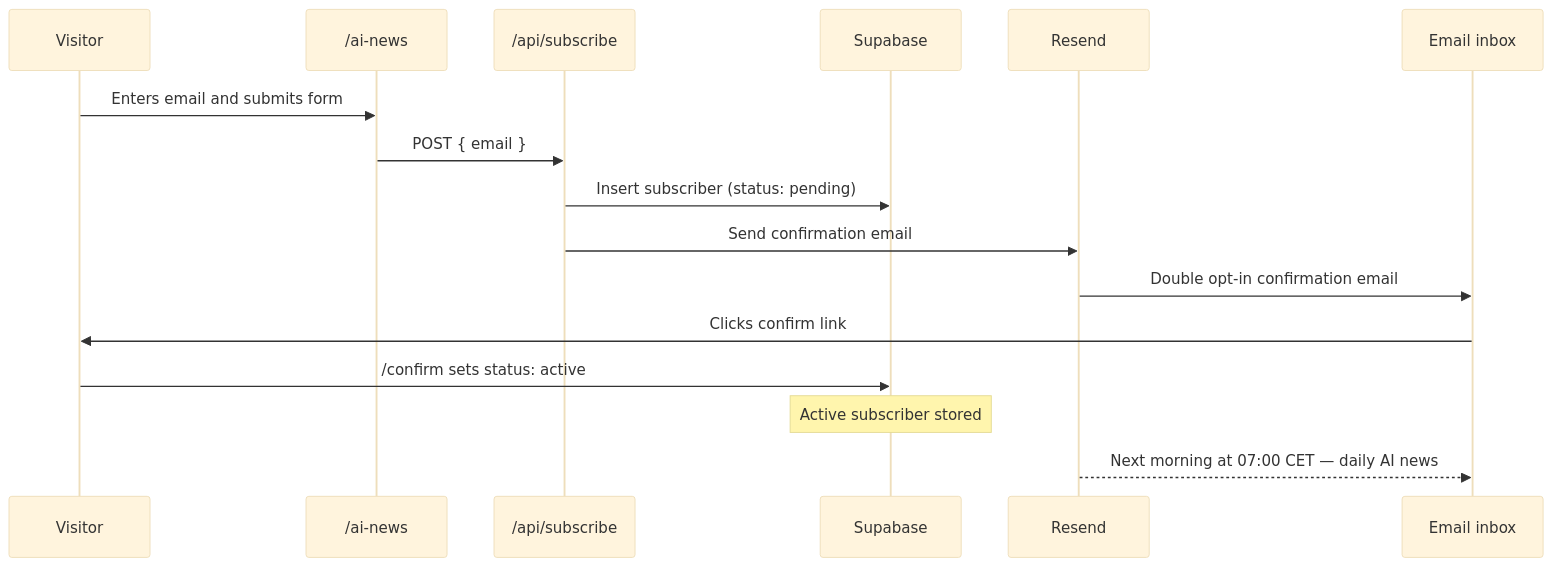
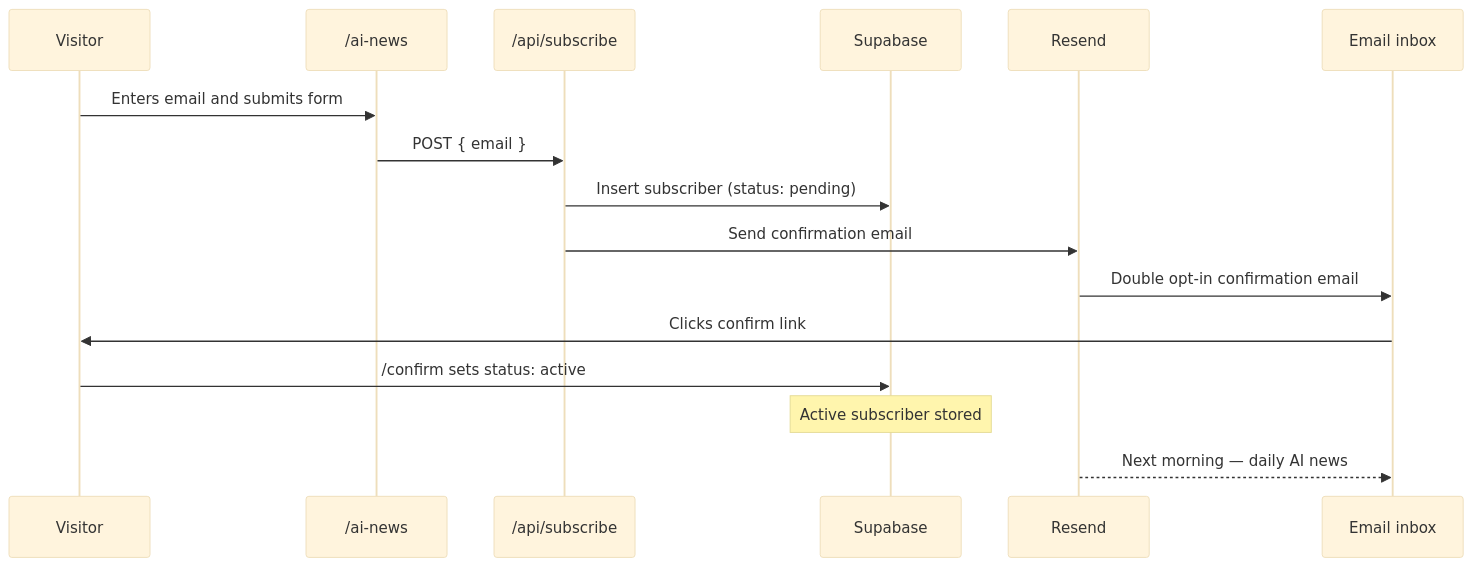
The third of 3 diagrams in README.md (Marco-Lundh/marcolundh), drawn with Mermaid (base theme) before and after one commit. The commit also changed other lines of this file and 8 other files, not shown here.

````diff
--- a/README.md
+++ b/README.md
@@ -68,19 +71,19 @@
 ```mermaid
 sequenceDiagram
     participant V as Visitor
     participant S as /ai-news
     participant A as /api/subscribe
     participant DB as Supabase
     participant R as Resend
     participant E as Email inbox
 
     V->>S: Enters email and submits form
     S->>A: POST { email }
     A->>DB: Insert subscriber (status: pending)
     A->>R: Send confirmation email
     R->>E: Double opt-in confirmation email
     E->>V: Clicks confirm link
     V->>DB: /confirm sets status: active
     Note over DB: Active subscriber stored
-    R-->>E: Next morning at 07:00 CET — daily AI news
+    R-->>E: Next morning — daily AI news
 ```
````
